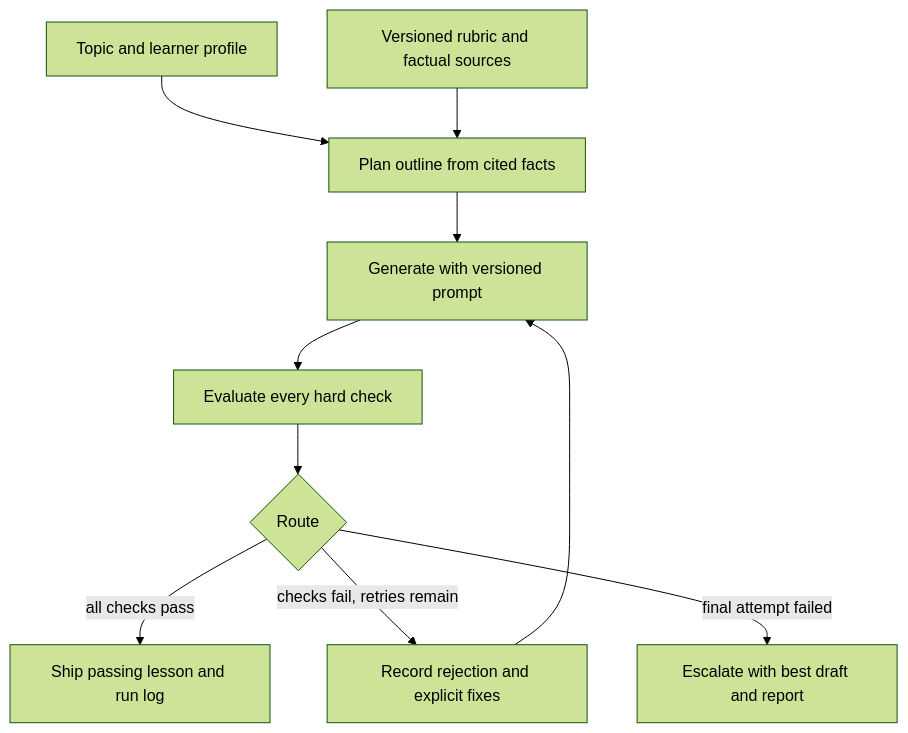
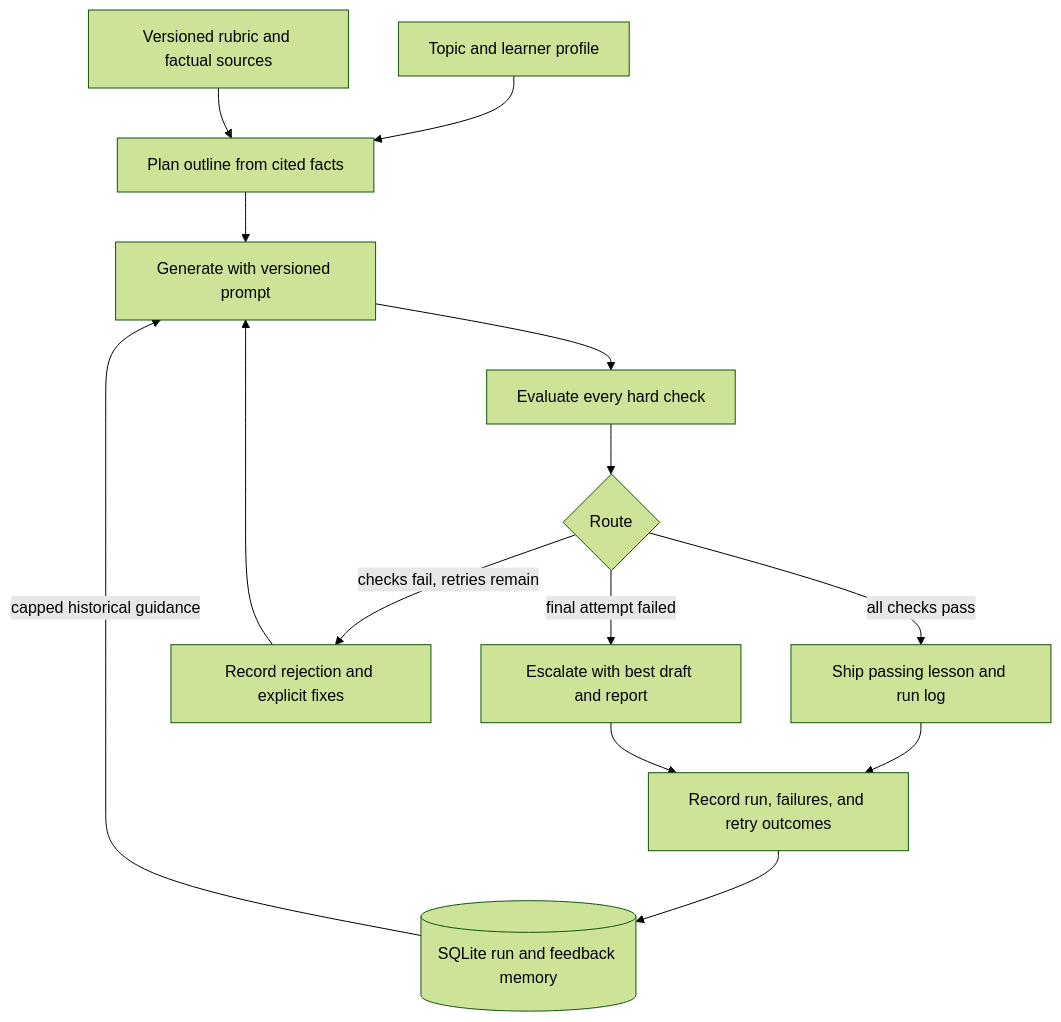
Before and after one commit to patil-08/self-evaluating-lesson-generator: the diagram in docs/DESIGN.md, drawn with Mermaid (forest theme). The commit also changed other lines of this file and 6 other files, not shown here.

````diff
--- a/docs/DESIGN.md
+++ b/docs/DESIGN.md
@@ -43,12 +43,16 @@
 ```mermaid
 flowchart TD
     U[Topic and learner profile] --> P[Plan outline from cited facts]
     R[Versioned rubric and factual sources] --> P
+    M[(SQLite run and feedback memory)] -->|capped historical guidance| G
     P --> G[Generate with versioned prompt]
     G --> V[Evaluate every hard check]
     V --> D{Route}
     D -->|all checks pass| S[Ship passing lesson and run log]
     D -->|checks fail, retries remain| X[Record rejection and explicit fixes]
     X --> G
     D -->|final attempt failed| H[Escalate with best draft and report]
+    S --> W[Record run, failures, and retry outcomes]
+    H --> W
+    W --> M
 ```
````
